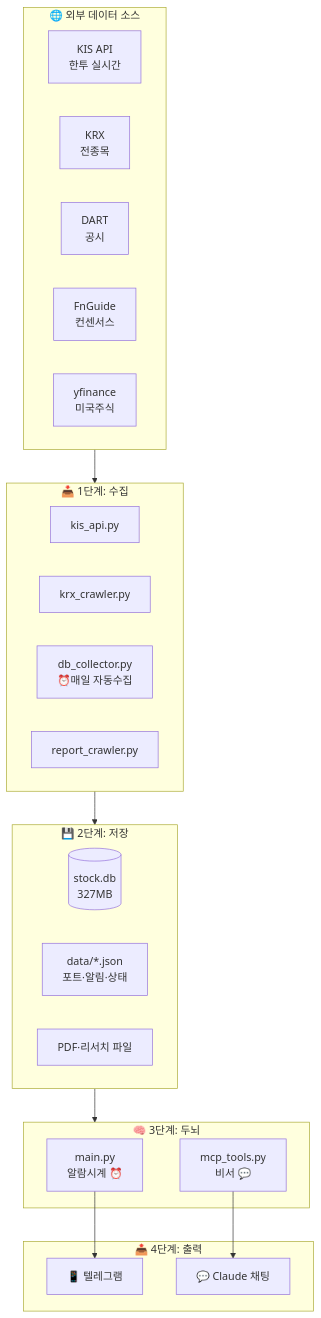
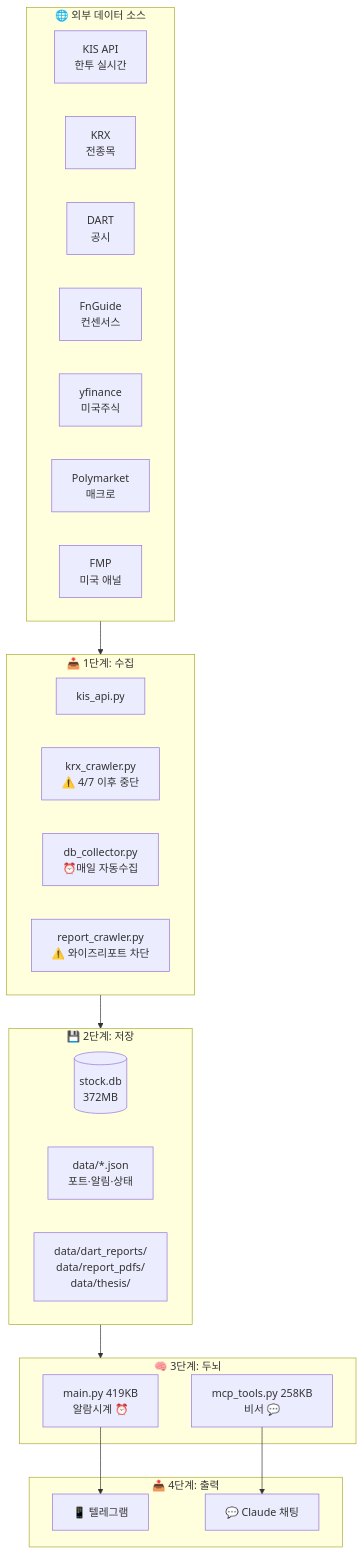
Before and after one commit to ysjms11/stock-bot: the second of 3 diagrams in data/ARCHITECTURE.md, drawn with Mermaid. The commit also changed other lines of this file, not shown here.

First line of the commit message:
update: ARCHITECTURE.md v2 - 인프라 섹션 + PENDING 추가

````diff
--- a/data/ARCHITECTURE.md
+++ b/data/ARCHITECTURE.md
@@ -14,39 +52,41 @@
 ```mermaid
 flowchart TB
     subgraph EXT["🌐 외부 데이터 소스"]
         KIS[KIS API<br/>한투 실시간]
         KRX[KRX<br/>전종목]
         DART[DART<br/>공시]
         FnG[FnGuide<br/>컨센서스]
         YF[yfinance<br/>미국주식]
+        PM[Polymarket<br/>매크로]
+        FMP[FMP<br/>미국 애널]
     end
 
     subgraph COLLECT["📥 1단계: 수집"]
         K[kis_api.py]
-        X[krx_crawler.py]
+        X[krx_crawler.py<br/>⚠️ 4/7 이후 중단]
         C[db_collector.py<br/>⏰매일 자동수집]
-        R[report_crawler.py]
+        R[report_crawler.py<br/>⚠️ 와이즈리포트 차단]
     end
 
     subgraph STORE["💾 2단계: 저장"]
-        DB[(stock.db<br/>327MB)]
+        DB[(stock.db<br/>372MB)]
         J[data/*.json<br/>포트·알림·상태]
-        P[PDF·리서치 파일]
+        P[data/dart_reports/<br/>data/report_pdfs/<br/>data/thesis/]
     end
 
     subgraph BRAIN["🧠 3단계: 두뇌"]
-        M[main.py<br/>알람시계 ⏰]
-        MC[mcp_tools.py<br/>비서 💬]
+        M[main.py 419KB<br/>알람시계 ⏰]
+        MC[mcp_tools.py 258KB<br/>비서 💬]
     end
 
     subgraph OUT["📤 4단계: 출력"]
         T[📱 텔레그램]
         CL[💬 Claude 채팅]
     end
 
     EXT --> COLLECT
     COLLECT --> STORE
     STORE --> BRAIN
     M --> T
     MC --> CL
 ```
````
